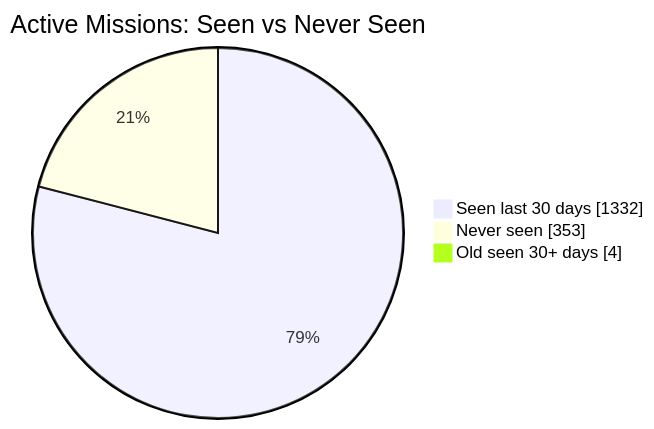
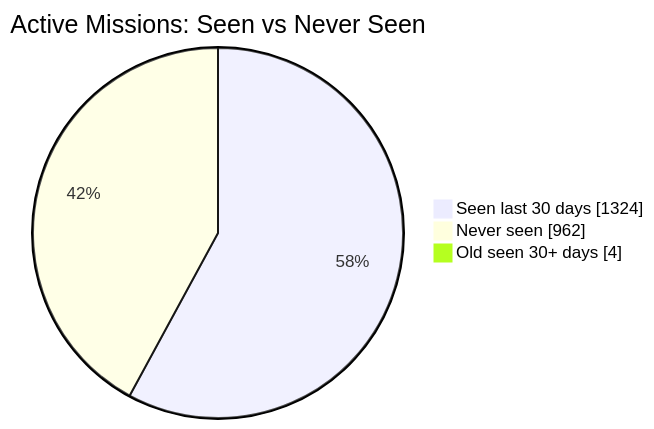
Before and after one commit to MeldkamerspelGameTeam/active-missions: the first of 2 diagrams in README.md, drawn with Mermaid. The commit also changed other lines of this file and 4 other files, not shown here.

````diff
--- a/README.md
+++ b/README.md
@@ -34,7 +34,7 @@
 ```mermaid
 pie showData
     title Active Missions: Seen vs Never Seen
-    "Seen last 30 days" : 1332
-    "Never seen" : 353
+    "Seen last 30 days" : 1324
+    "Never seen" : 962
     "Old seen 30+ days" : 4
 ```
````
